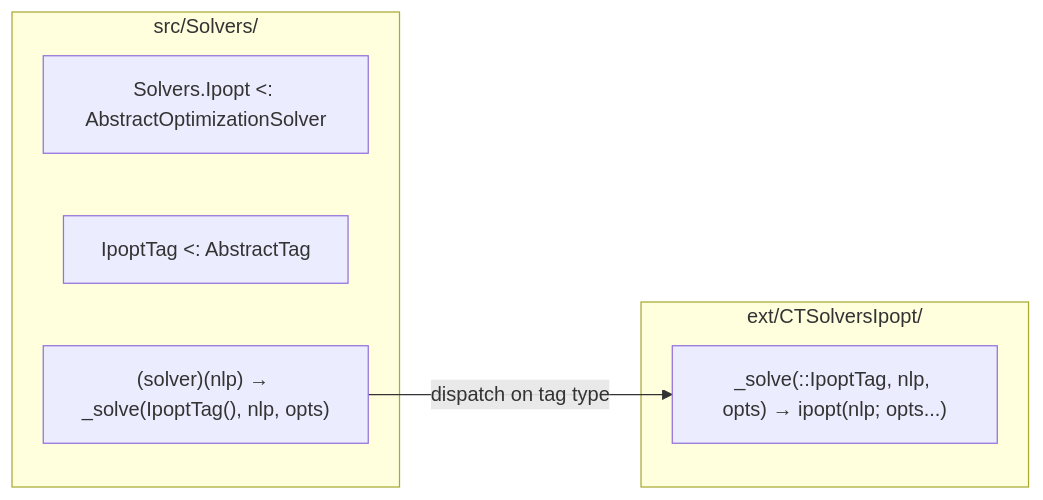
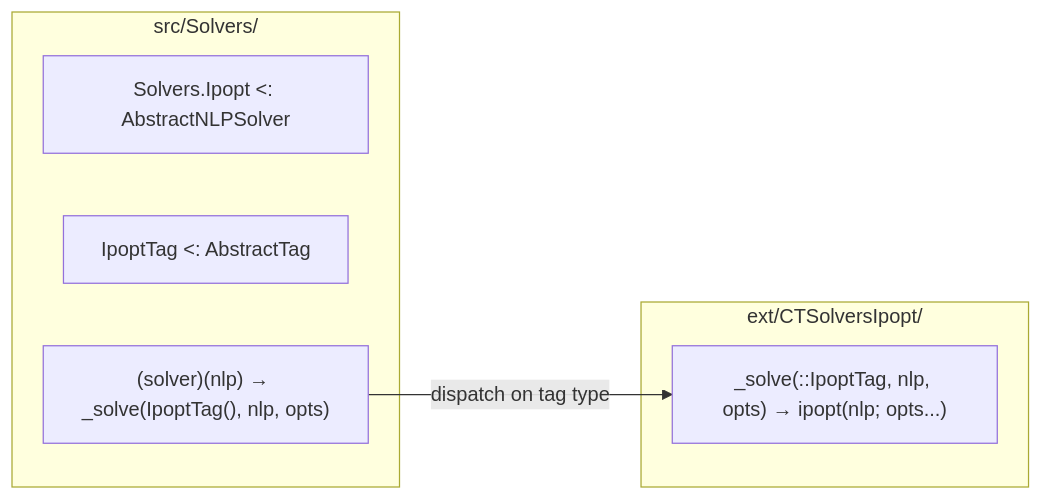
One commit to control-toolbox/CTSolvers.jl changed the sixth of 6 diagrams in docs/src/architecture.md. Above: the diagram before and after it, drawn with Mermaid. The commit also changed other lines of this file and 22 other files, not shown here.

Commit message:
Rename AbstractOptimizationSolver to AbstractNLPSolver

````diff
--- a/docs/src/architecture.md
+++ b/docs/src/architecture.md
@@ -248,14 +248,14 @@
 ```mermaid
 flowchart LR
     subgraph src["src/Solvers/"]
-        SolverType["Solvers.Ipopt <: AbstractOptimizationSolver"]
+        SolverType["Solvers.Ipopt <: AbstractNLPSolver"]
         Tag["IpoptTag <: AbstractTag"]
         Callable["(solver)(nlp) → _solve(IpoptTag(), nlp, opts)"]
     end
 
     subgraph ext["ext/CTSolversIpopt/"]
         Impl["_solve(::IpoptTag, nlp, opts) → ipopt(nlp; opts...)"]
     end
 
     Callable -->|"dispatch on tag type"| Impl
 ```
````
